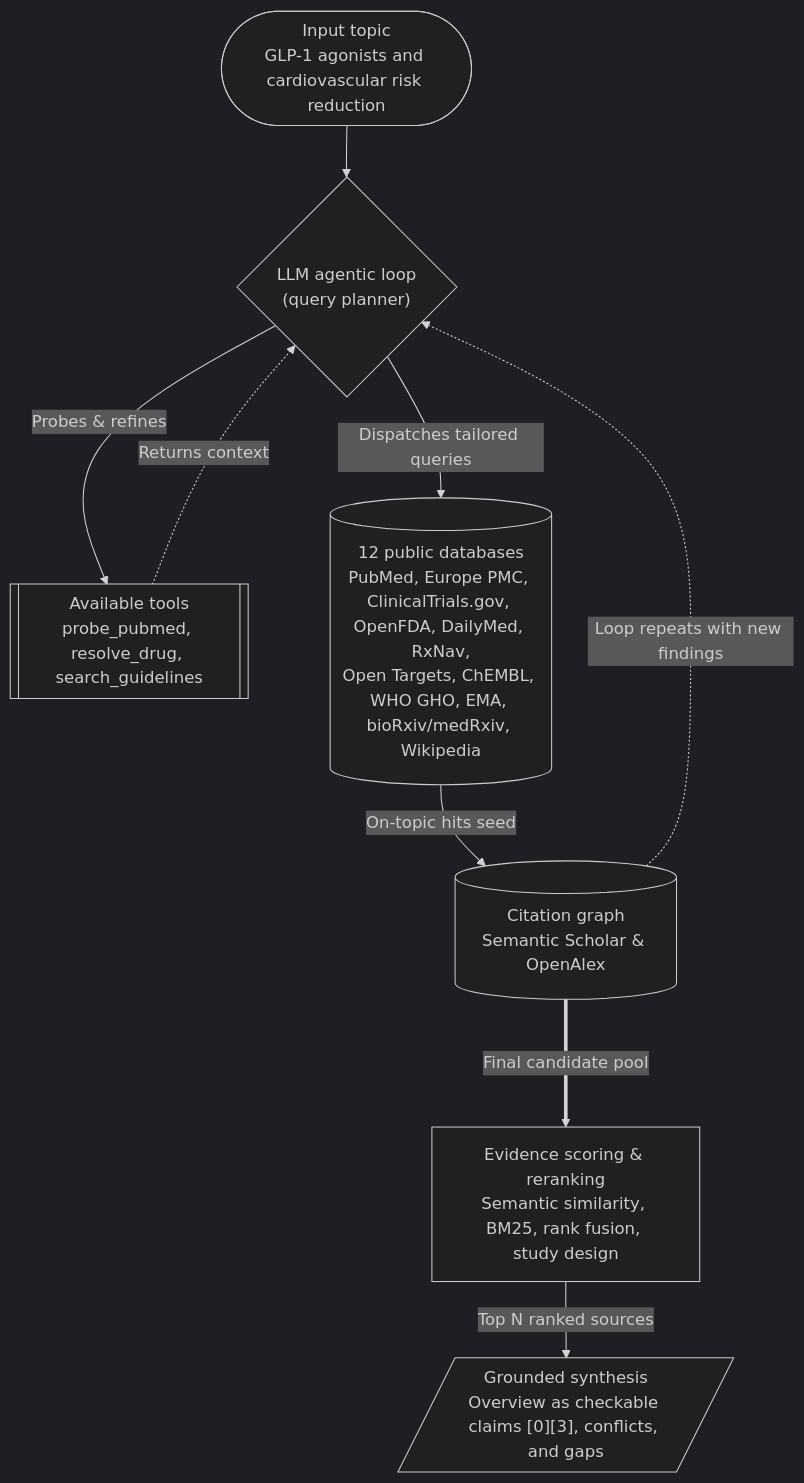
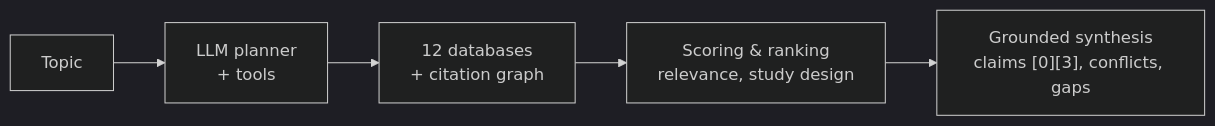
One commit to mauroforlin/ebm-lens changed the diagram in README.md. Above: the diagram before and after it, drawn with Mermaid (dark theme).

Commit message:
docs: swap oversized mermaid flowchart for a compact one

````diff
--- a/README.md
+++ b/README.md
@@ -18,21 +18,7 @@
 ```mermaid
-flowchart TD
-    Topic(["Input topic<br/>GLP-1 agonists and cardiovascular risk reduction"])
-
-    Planner{"LLM agentic loop<br/>(query planner)"}
-    Tools[["Available tools<br/>probe_pubmed, resolve_drug, search_guidelines"]]
-    Databases[("12 public databases<br/>PubMed, Europe PMC, ClinicalTrials.gov, OpenFDA, DailyMed, RxNav,<br/>Open Targets, ChEMBL, WHO GHO, EMA, bioRxiv/medRxiv, Wikipedia")]
-    Graph[("Citation graph<br/>Semantic Scholar & OpenAlex")]
-    Scoring["Evidence scoring & reranking<br/>Semantic similarity, BM25, rank fusion, study design"]
-    Synthesis[/"Grounded synthesis<br/>Overview as checkable claims [0][3], conflicts, and gaps"/]
-
-    Topic --> Planner
-    Planner -- "Probes & refines" --> Tools
-    Tools -. "Returns context" .-> Planner
-    Planner -- "Dispatches tailored queries" --> Databases
-    Databases -- "On-topic hits seed" --> Graph
-    Graph -. "Loop repeats with new findings" .-> Planner
-    
-    Graph ===>|"Final candidate pool"| Scoring
-    Scoring -- "Top N ranked sources" --> Synthesis
+flowchart LR
+    Topic["Topic"] --> Planner["LLM planner<br/>+ tools"]
+    Planner --> Databases["12 databases<br/>+ citation graph"]
+    Databases --> Scoring["Scoring & ranking<br/>relevance, study design"]
+    Scoring --> Synthesis["Grounded synthesis<br/>claims [0][3], conflicts, gaps"]
 ```
````
